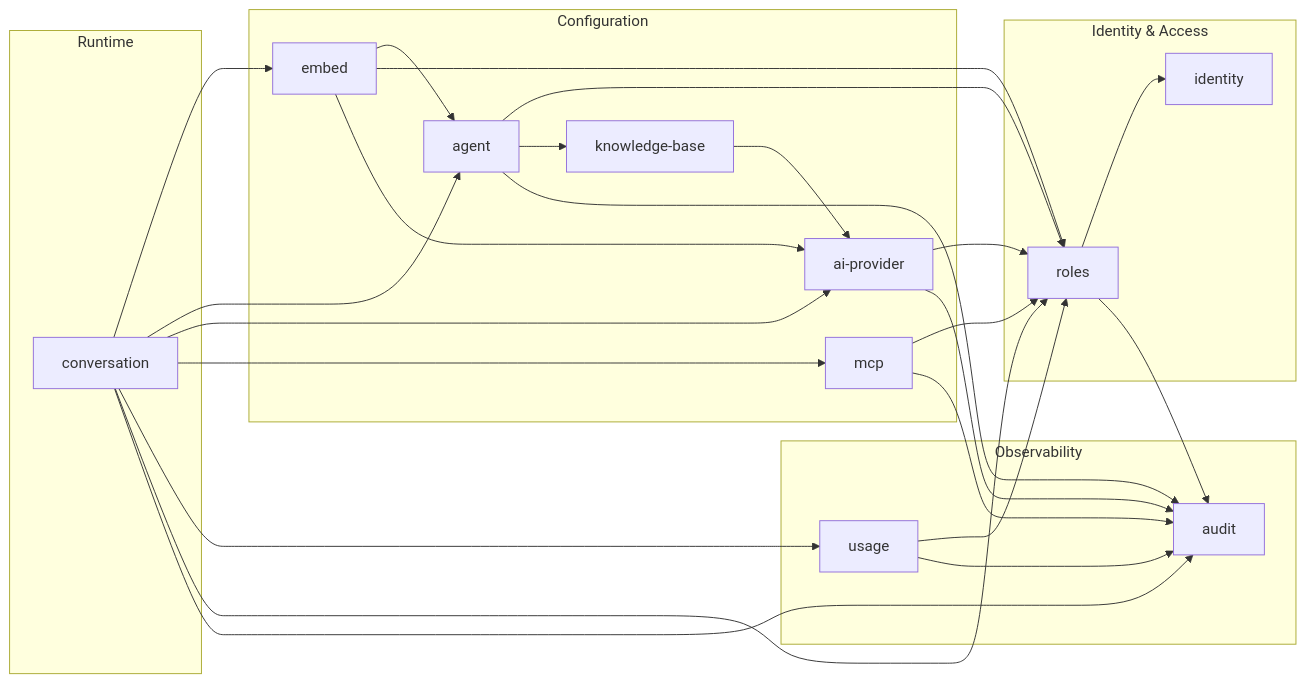
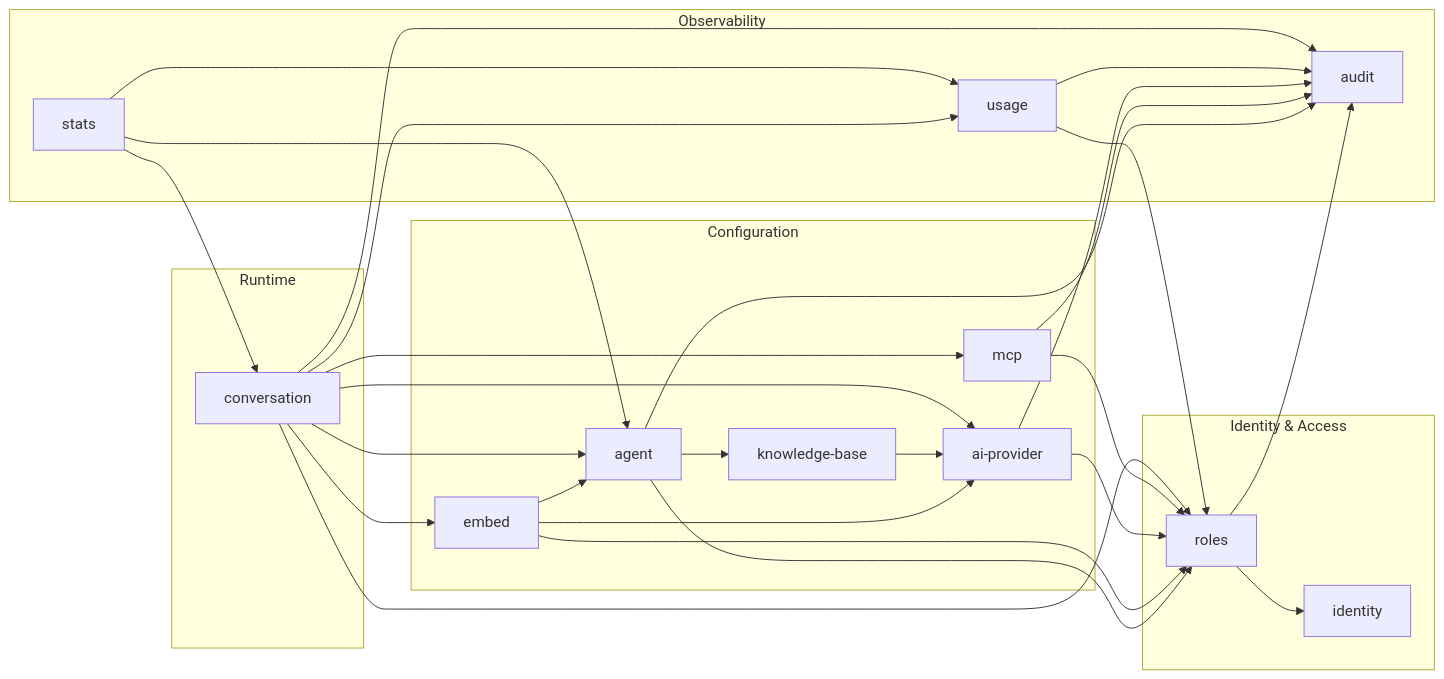
Before and after one commit to Talqo/talqo: the diagram in docs/architecture/module-diagram.md, drawn with Mermaid. The commit also changed other lines of this file and 49 other files, not shown here.

First line of the commit message:
feat(stats): statistics dashboard with multi-agent filtering (#84)

````diff
--- a/docs/architecture/module-diagram.md
+++ b/docs/architecture/module-diagram.md
@@ -9,50 +9,55 @@
 ```mermaid
 graph LR
     subgraph "Identity & Access"
         identity[identity]
         roles[roles]
     end
 
     subgraph "Configuration"
         agent[agent]
         knowledge_base[knowledge-base]
         embed[embed]
         ai_provider["ai-provider"]
         mcp[mcp]
     end
 
     subgraph "Runtime"
         conversation[conversation]
     end
 
     subgraph "Observability"
         usage[usage]
+        stats[stats]
         audit[audit]
     end
 
     roles --> identity
 
     agent --> roles
     agent --> knowledge_base
     embed --> agent
     embed --> roles
     embed --> ai_provider
     ai_provider --> roles
     mcp --> roles
     knowledge_base --> ai_provider
     usage --> roles
 
     conversation --> embed
     conversation --> agent
     conversation --> ai_provider
     conversation --> mcp
     conversation --> usage
     conversation --> roles
 
+    stats --> conversation
+    stats --> usage
+    stats --> agent
+
     roles --> audit
     agent --> audit
     mcp --> audit
     ai_provider --> audit
     usage --> audit
     conversation --> audit
 ```
````
